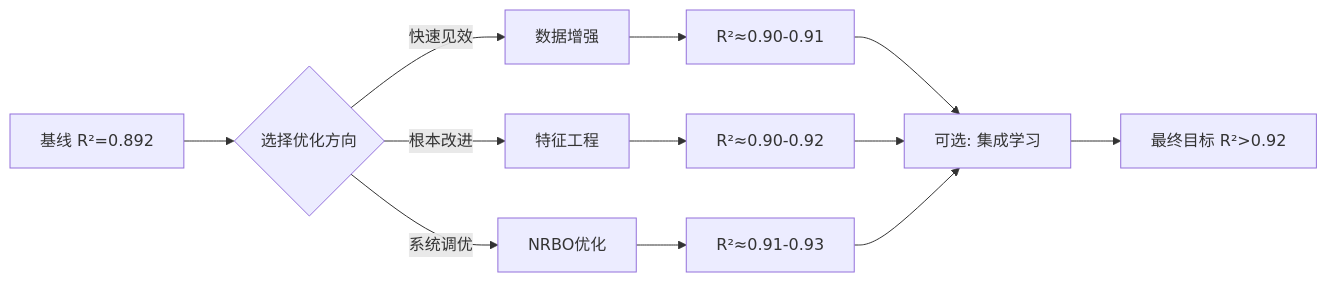
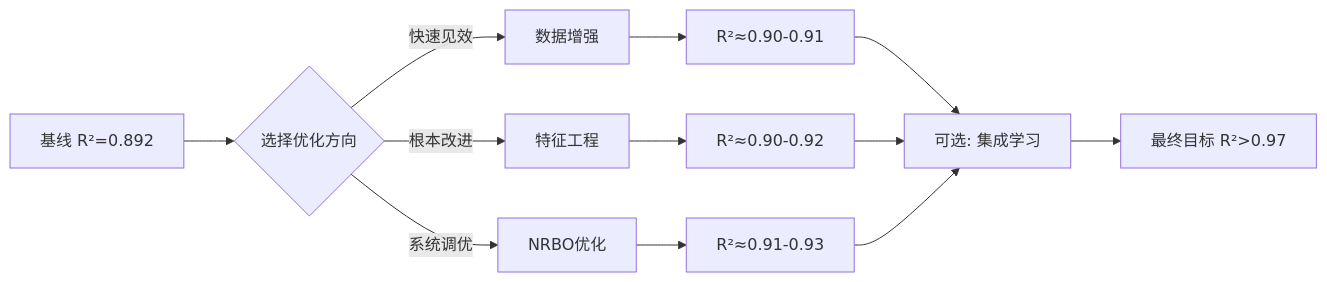
One commit to Kai0809v/AI-model-train changed the diagram in IMPROVEMENTS.md. Above: the diagram before and after it, drawn with Mermaid. The commit also changed 7 other files, not shown here.

````diff
--- a/IMPROVEMENTS.md
+++ b/IMPROVEMENTS.md
@@ -361,17 +361,17 @@
 ```mermaid
 graph LR
     A[基线 R²=0.892] --> B{选择优化方向}
     B -->|快速见效| C[数据增强]
     B -->|根本改进| D[特征工程]
     B -->|系统调优| E[NRBO优化]
     
     C --> F[R²≈0.90-0.91]
     D --> G[R²≈0.90-0.92]
     E --> H[R²≈0.91-0.93]
     
     F --> I[可选: 集成学习]
     G --> I
     H --> I
     
-    I --> J[最终目标 R²>0.92]
+    I --> J[最终目标 R²>0.97]
 ```
````
